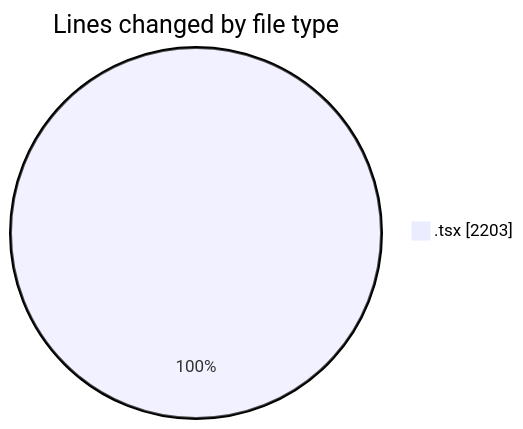
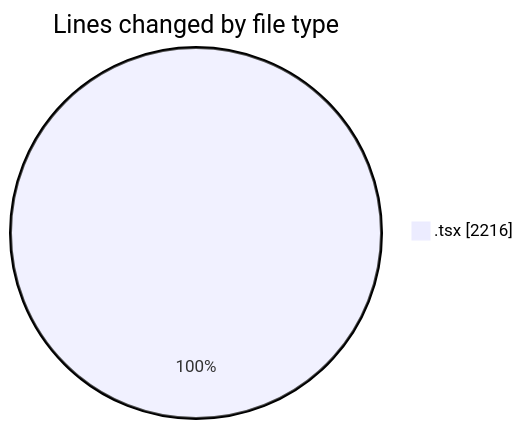
The first of 2 diagrams in 2025-06-13/cda/README.md (momahboobian/code-tracking), drawn with Mermaid before and after one commit. The commit also changed other lines of this file and 1 other file, not shown here.

````diff
--- a/2025-06-13/cda/README.md
+++ b/2025-06-13/cda/README.md
@@ -25,5 +25,5 @@
 ```mermaid
 pie showData
 title Lines changed by file type
-".tsx" : 2203
+".tsx" : 2216
 ```
````
